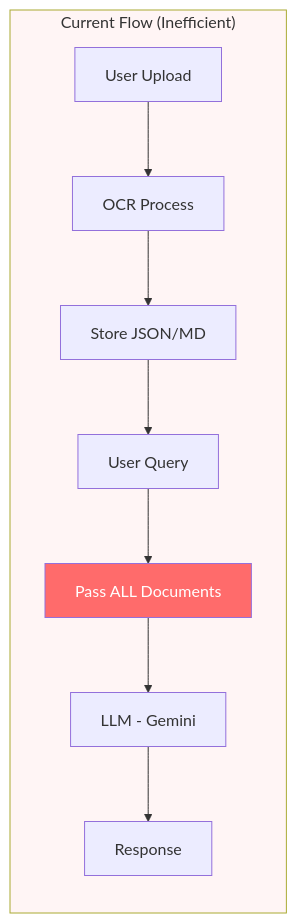
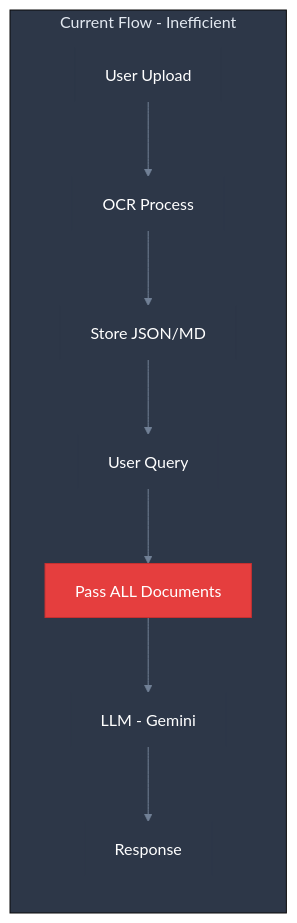
Before and after one commit to manumishra-zm/execution_plan: the first of 22 diagrams in chat_context/chat_context.md, drawn with Mermaid. The commit also changed other lines of this file, not shown here.

````diff
--- a/chat_context/chat_context.md
+++ b/chat_context/chat_context.md
@@ -39,14 +39,15 @@
 ```mermaid
+%%{init: {'theme': 'base', 'themeVariables': { 'primaryColor': '#4a5568', 'primaryTextColor': '#fff', 'primaryBorderColor': '#2d3748', 'lineColor': '#718096', 'secondaryColor': '#2d3748', 'tertiaryColor': '#1a202c', 'background': '#1a202c', 'mainBkg': '#2d3748', 'textColor': '#e2e8f0'}}}%%
 flowchart LR
-    subgraph Current["Current Flow (Inefficient)"]
+    subgraph Current["Current Flow - Inefficient"]
         A[User Upload] --> B[OCR Process]
         B --> C[Store JSON/MD]
         C --> D[User Query]
         D --> E["Pass ALL Documents"]
         E --> F[LLM - Gemini]
         F --> G[Response]
     end
 
-    style E fill:#ff6b6b,color:#fff
-    style Current fill:#fff5f5
+    style E fill:#e53e3e,color:#fff,stroke:#c53030
+    style Current fill:#2d3748,color:#e2e8f0
 ```
````
